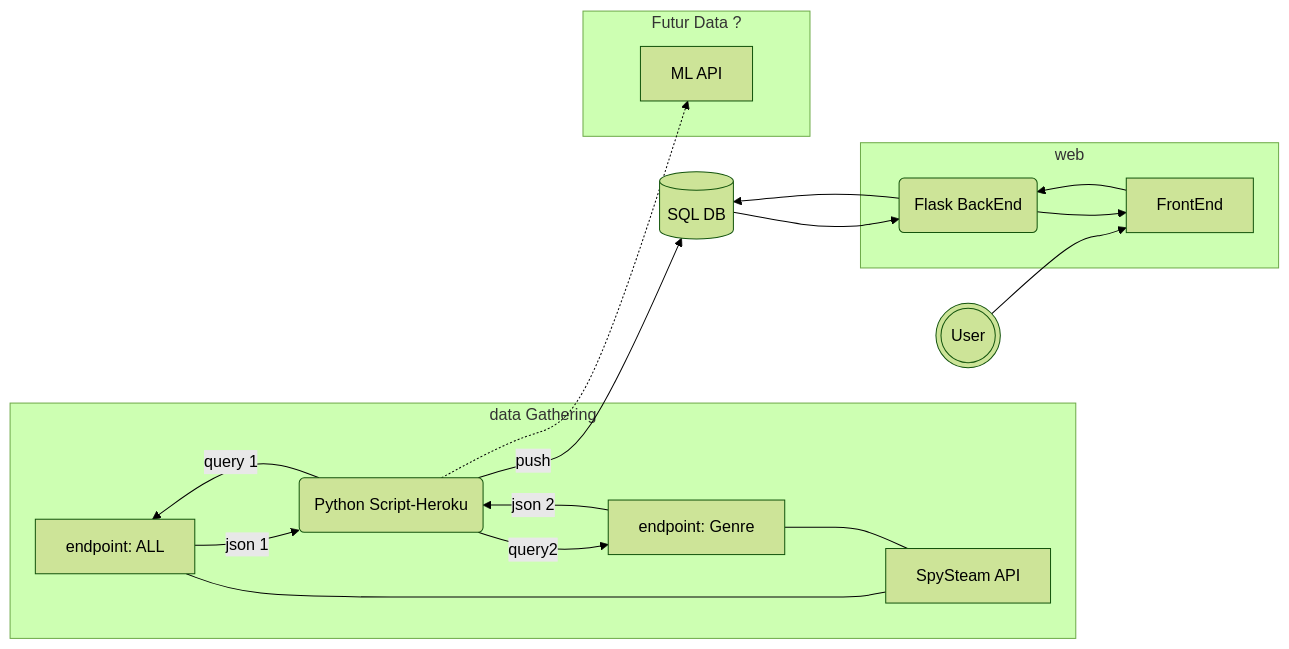
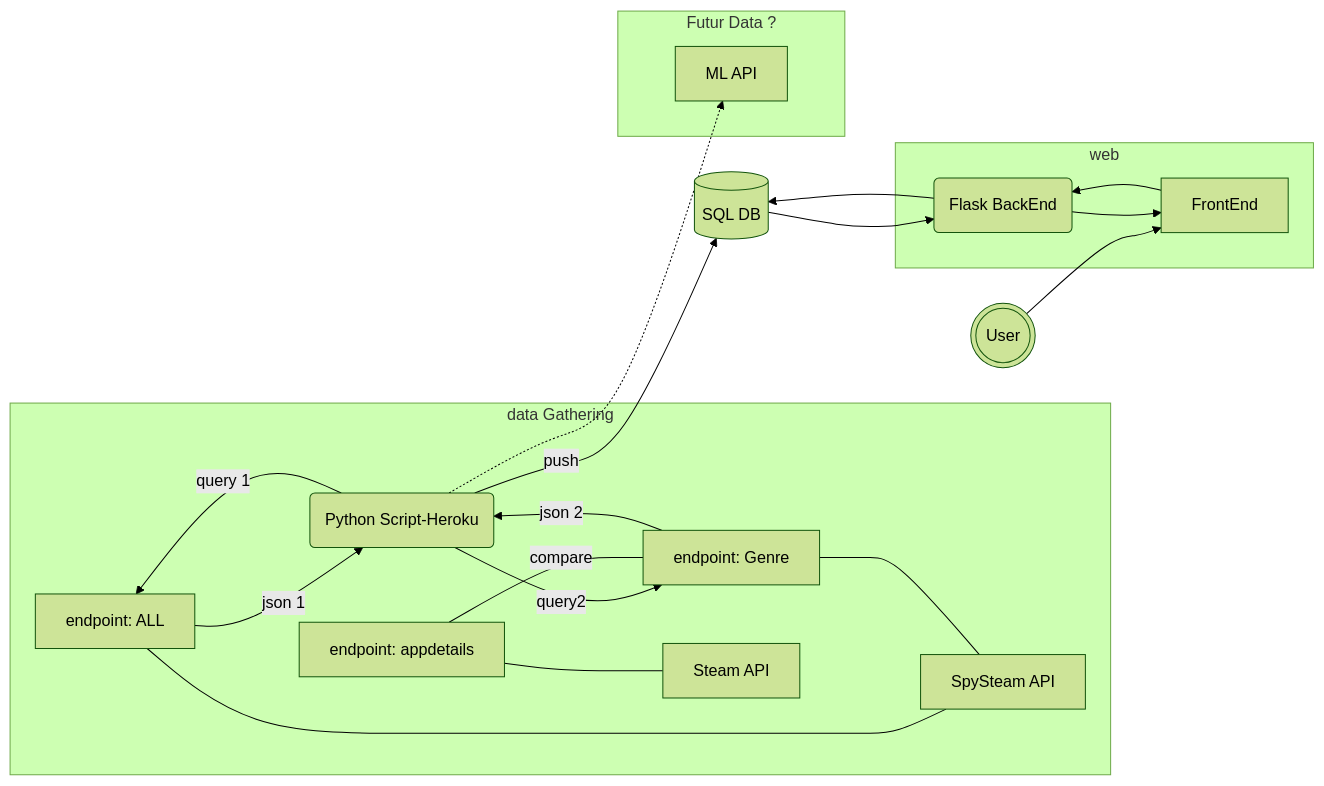
One commit to simondesh/DS105SuperStar changed the diagram in presentation/Index.qmd. Above: the diagram before and after it, drawn with Mermaid (forest theme). The commit also changed other lines of this file and 14 other files, not shown here.

````diff
--- a/presentation/Index.qmd
+++ b/presentation/Index.qmd
@@ -35,27 +42,29 @@
 ```{mermaid}
 %%| fig-width: 25
 flowchart LR
   subgraph data Gathering
   B[endpoint: ALL] --- A[SpySteam API]
   C[endpoint: Genre] --- A
   D(Python Script-Heroku) -->|query 1|B
   B -->|json 1| D
   D -->|query2|C
   C -->|json 2| D
+  J[endpoint: appdetails] --- K[Steam API]
+  J ---|compare| C
   end
   subgraph Futur Data ?
   D -.-> I[ML API]
   end
   
   D -->|push| E[(SQL DB)]
   
   F(((User)))-->G[FrontEnd]
   subgraph web
   H(Flask BackEnd) --> G
   G-->H
   end
   H -->E
   E-->H
   
  
 ```
````
